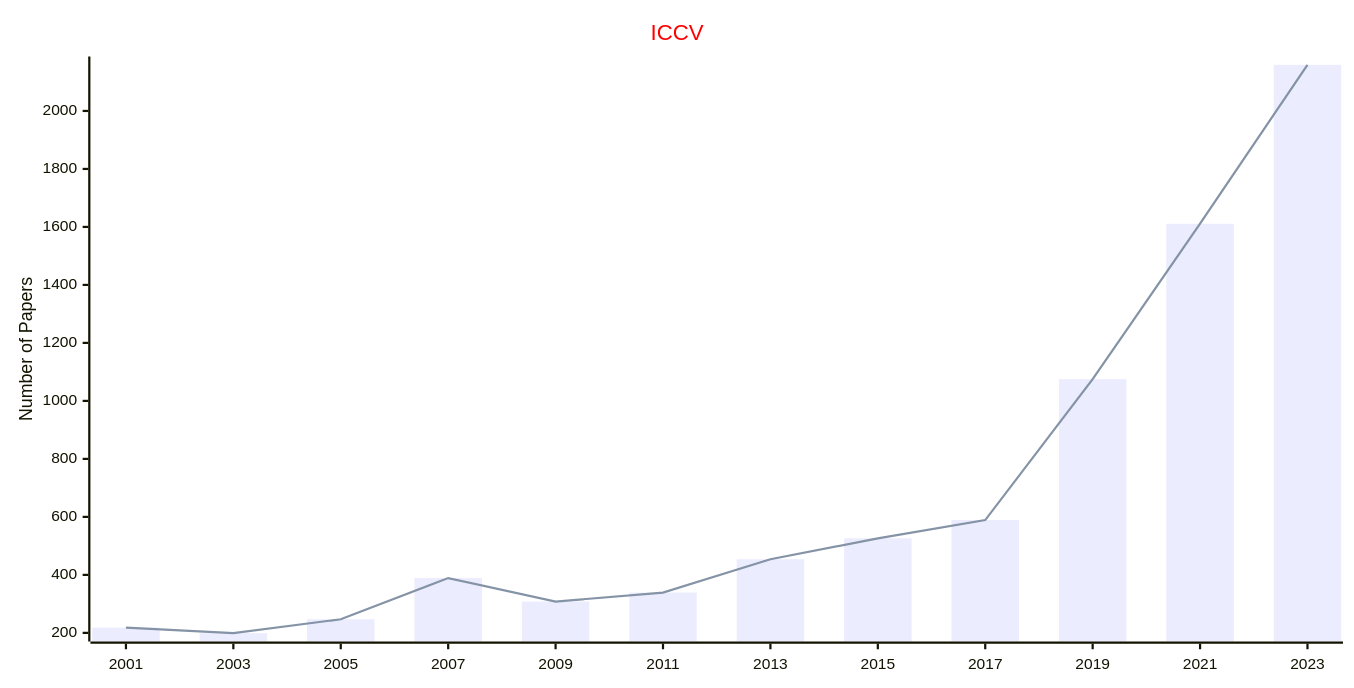
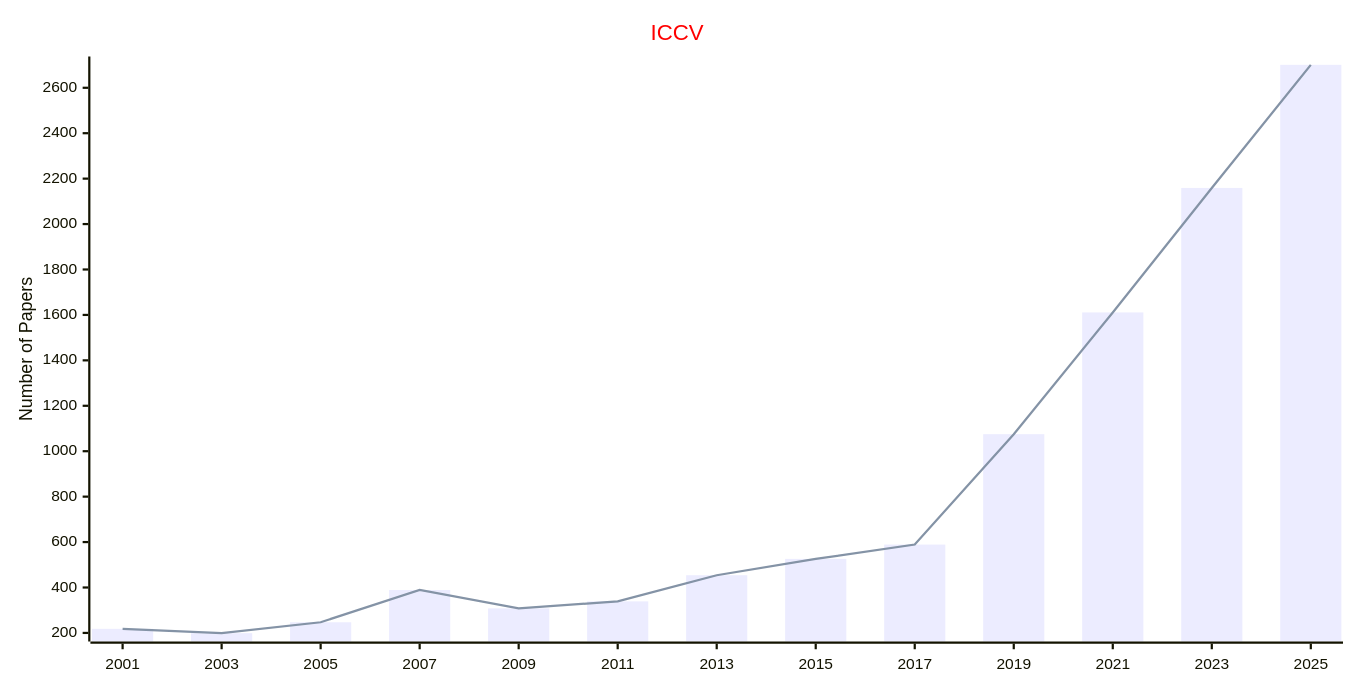
One commit to Easy-PhD/AILinks changed the second of 3 diagrams in docs/data/Conferences/Statistics_Conferences/Computer_Vision.md. Above: the diagram before and after it, drawn with Mermaid. The commit also changed 15 other files, not shown here.

````diff
--- a/docs/data/Conferences/Statistics_Conferences/Computer_Vision.md
+++ b/docs/data/Conferences/Statistics_Conferences/Computer_Vision.md
@@ -33,17 +33,17 @@
 ```mermaid
 ---
 config:
     xyChart:
         width: 1200
         height: 600
     themeVariables:
         xyChart:
             titleColor: "#ff0000"
 ---
 xychart-beta
     title "ICCV"
-    x-axis [2001, 2003, 2005, 2007, 2009, 2011, 2013, 2015, 2017, 2019, 2021, 2023]
+    x-axis [2001, 2003, 2005, 2007, 2009, 2011, 2013, 2015, 2017, 2019, 2021, 2023, 2025]
     y-axis "Number of Papers"
-    bar [218, 199, 247, 389, 308, 339, 454, 526, 589, 1075, 1611, 2159]
-    line [218, 199, 247, 389, 308, 339, 454, 526, 589, 1075, 1611, 2159]
+    bar [218, 199, 247, 389, 308, 339, 454, 526, 589, 1075, 1611, 2159, 2701]
+    line [218, 199, 247, 389, 308, 339, 454, 526, 589, 1075, 1611, 2159, 2701]
 ```
````
